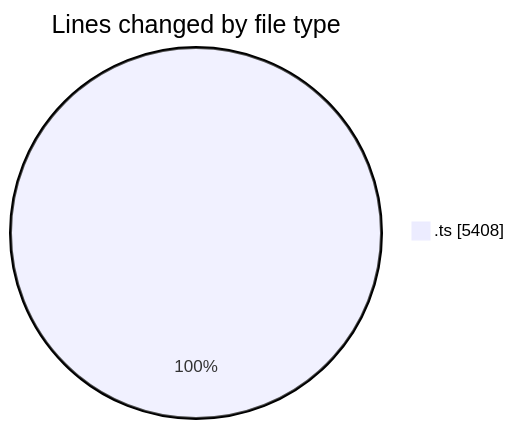
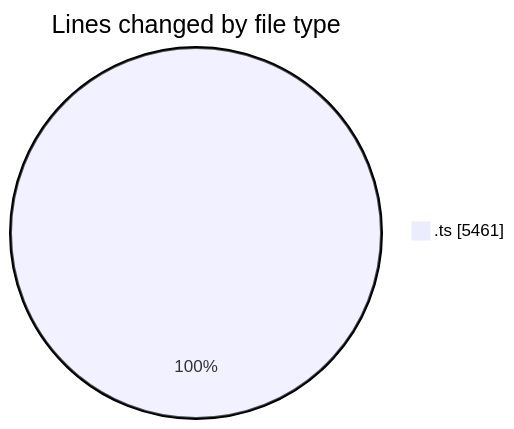
Before and after one commit to momahboobian/code-tracking: the first of 2 diagrams in 2025-06-24/cda/README.md, drawn with Mermaid. The commit also changed other lines of this file and 1 other file, not shown here.

````diff
--- a/2025-06-24/cda/README.md
+++ b/2025-06-24/cda/README.md
@@ -24,5 +24,5 @@
 ```mermaid
 pie showData
 title Lines changed by file type
-".ts" : 5408
+".ts" : 5461
 ```
````
